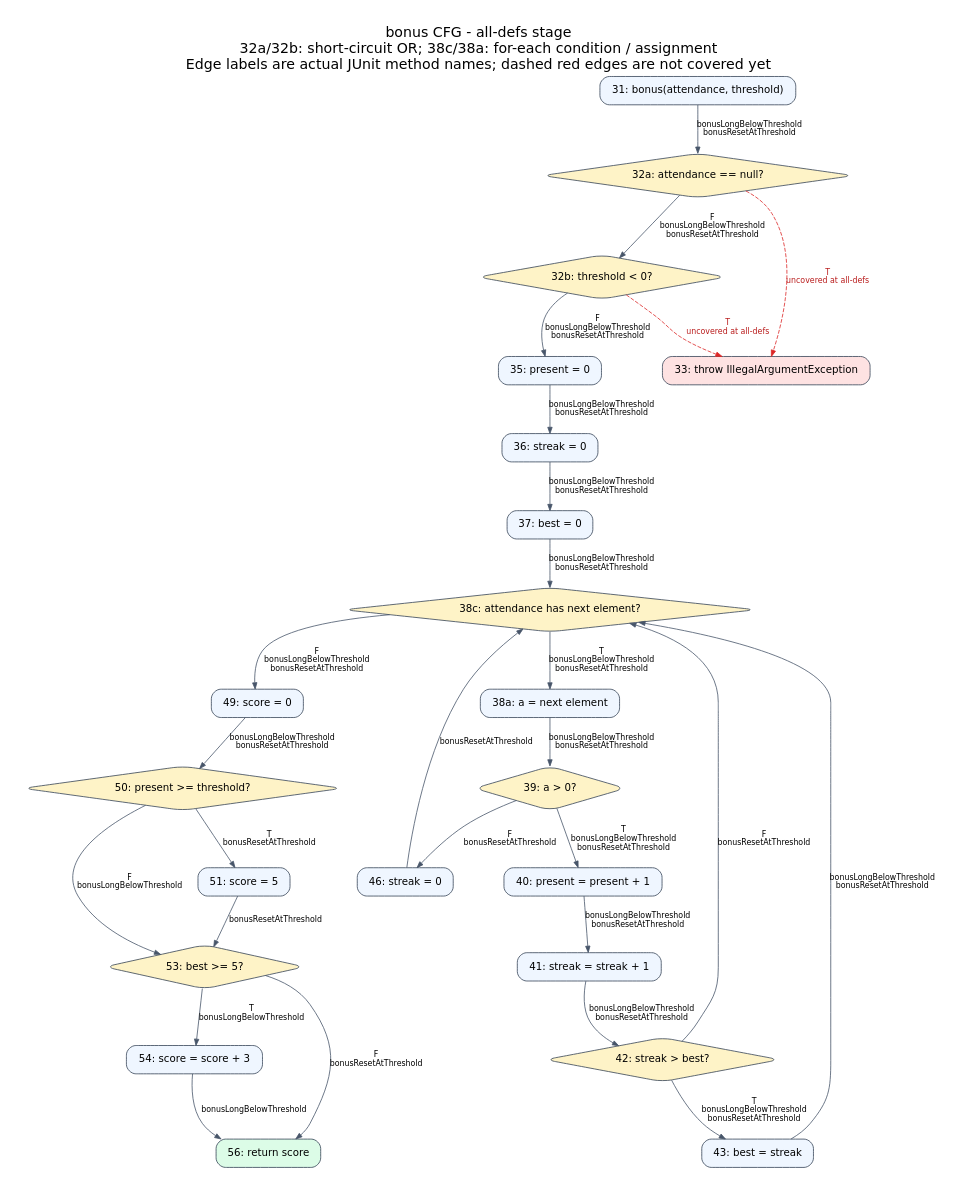
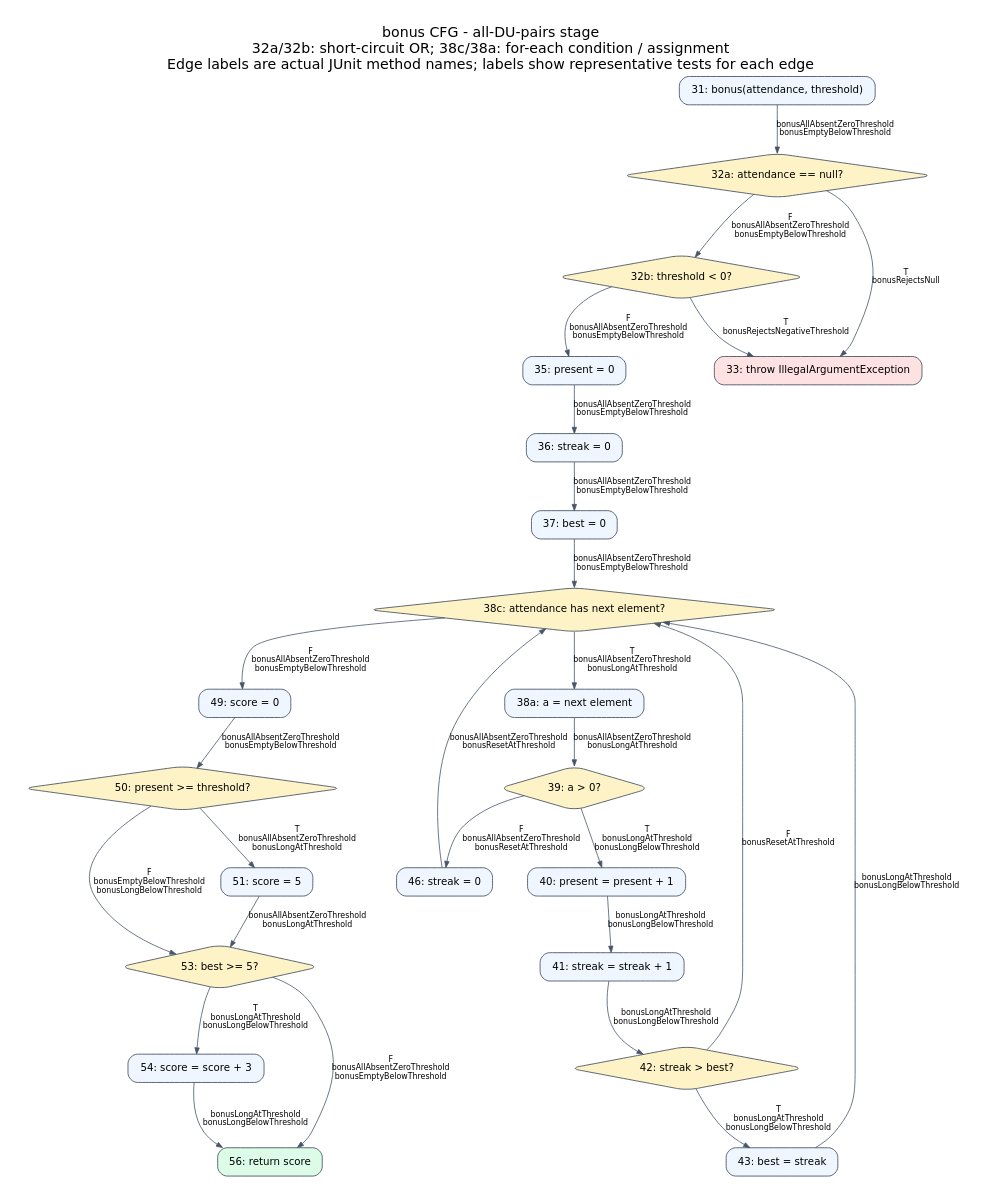
Before and after one commit to Tontoosh/phchanarlab10: the diagram in cfg-bonus.dot, drawn with Graphviz. The commit also changed 13 other files, not shown here.

```diff
--- a/cfg-bonus.dot
+++ b/cfg-bonus.dot
@@ -1,52 +1,52 @@
 digraph Bonus {
-  graph [rankdir=TB, bgcolor="white", pad=0.3, nodesep=0.6, ranksep=0.55, fontname="DejaVu Sans", fontsize=18, labelloc=t, label="bonus CFG - all-defs stage\n32a/32b: short-circuit OR; 38c/38a: for-each condition / assignment\nEdge labels are actual JUnit method names; dashed red edges are not covered yet"];
+  graph [rankdir=TB, bgcolor="white", pad=0.3, nodesep=0.6, ranksep=0.55, fontname="DejaVu Sans", fontsize=18, labelloc=t, label="bonus CFG - all-DU-pairs stage\n32a/32b: short-circuit OR; 38c/38a: for-each condition / assignment\nEdge labels are actual JUnit method names; labels show representative tests for each edge"];
   node [shape=box, style="rounded,filled", fillcolor="#eff6ff", color="#334155", fontname="DejaVu Sans", fontsize=13, margin="0.18,0.1"];
   edge [fontname="DejaVu Sans", fontsize=10, color="#475569", arrowsize=0.8];
   n31 [label="31: bonus(attendance, threshold)"];
   n32a [label="32a: attendance == null?", shape=diamond, fillcolor="#fef3c7"];
   n32b [label="32b: threshold < 0?", shape=diamond, fillcolor="#fef3c7"];
   n33 [label="33: throw IllegalArgumentException", fillcolor="#fee2e2"];
   n35 [label="35: present = 0"];
   n36 [label="36: streak = 0"];
   n37 [label="37: best = 0"];
   n38c [label="38c: attendance has next element?", shape=diamond, fillcolor="#fef3c7"];
   n38a [label="38a: a = next element"];
   n39 [label="39: a > 0?", shape=diamond, fillcolor="#fef3c7"];
   n40 [label="40: present = present + 1"];
   n41 [label="41: streak = streak + 1"];
   n42 [label="42: streak > best?", shape=diamond, fillcolor="#fef3c7"];
   n43 [label="43: best = streak"];
   n46 [label="46: streak = 0"];
   n49 [label="49: score = 0"];
   n50 [label="50: present >= threshold?", shape=diamond, fillcolor="#fef3c7"];
   n51 [label="51: score = 5"];
   n53 [label="53: best >= 5?", shape=diamond, fillcolor="#fef3c7"];
   n54 [label="54: score = score + 3"];
   n56 [label="56: return score", fillcolor="#dcfce7"];
-  n31 -> n32a [label="bonusLongBelowThreshold\nbonusResetAtThreshold"];
-  n32a -> n33 [label="T\nuncovered at all-defs", color="#dc2626", fontcolor="#b91c1c", style=dashed];
-  n32a -> n32b [label="F\nbonusLongBelowThreshold\nbonusResetAtThreshold"];
-  n32b -> n33 [label="T\nuncovered at all-defs", color="#dc2626", fontcolor="#b91c1c", style=dashed];
-  n32b -> n35 [label="F\nbonusLongBelowThreshold\nbonusResetAtThreshold"];
-  n35 -> n36 [label="bonusLongBelowThreshold\nbonusResetAtThreshold"];
-  n36 -> n37 [label="bonusLongBelowThreshold\nbonusResetAtThreshold"];
-  n37 -> n38c [label="bonusLongBelowThreshold\nbonusResetAtThreshold"];
-  n38c -> n38a [label="T\nbonusLongBelowThreshold\nbonusResetAtThreshold"];
-  n38c -> n49 [label="F\nbonusLongBelowThreshold\nbonusResetAtThreshold"];
-  n38a -> n39 [label="bonusLongBelowThreshold\nbonusResetAtThreshold"];
-  n39 -> n40 [label="T\nbonusLongBelowThreshold\nbonusResetAtThreshold"];
-  n39 -> n46 [label="F\nbonusResetAtThreshold"];
-  n40 -> n41 [label="bonusLongBelowThreshold\nbonusResetAtThreshold"];
-  n41 -> n42 [label="bonusLongBelowThreshold\nbonusResetAtThreshold"];
-  n42 -> n43 [label="T\nbonusLongBelowThreshold\nbonusResetAtThreshold"];
+  n31 -> n32a [label="bonusAllAbsentZeroThreshold\nbonusEmptyBelowThreshold"];
+  n32a -> n33 [label="T\nbonusRejectsNull"];
+  n32a -> n32b [label="F\nbonusAllAbsentZeroThreshold\nbonusEmptyBelowThreshold"];
+  n32b -> n33 [label="T\nbonusRejectsNegativeThreshold"];
+  n32b -> n35 [label="F\nbonusAllAbsentZeroThreshold\nbonusEmptyBelowThreshold"];
+  n35 -> n36 [label="bonusAllAbsentZeroThreshold\nbonusEmptyBelowThreshold"];
+  n36 -> n37 [label="bonusAllAbsentZeroThreshold\nbonusEmptyBelowThreshold"];
+  n37 -> n38c [label="bonusAllAbsentZeroThreshold\nbonusEmptyBelowThreshold"];
+  n38c -> n38a [label="T\nbonusAllAbsentZeroThreshold\nbonusLongAtThreshold"];
+  n38c -> n49 [label="F\nbonusAllAbsentZeroThreshold\nbonusEmptyBelowThreshold"];
+  n38a -> n39 [label="bonusAllAbsentZeroThreshold\nbonusLongAtThreshold"];
+  n39 -> n40 [label="T\nbonusLongAtThreshold\nbonusLongBelowThreshold"];
+  n39 -> n46 [label="F\nbonusAllAbsentZeroThreshold\nbonusResetAtThreshold"];
+  n40 -> n41 [label="bonusLongAtThreshold\nbonusLongBelowThreshold"];
+  n41 -> n42 [label="bonusLongAtThreshold\nbonusLongBelowThreshold"];
+  n42 -> n43 [label="T\nbonusLongAtThreshold\nbonusLongBelowThreshold"];
   n42 -> n38c [label="F\nbonusResetAtThreshold"];
-  n43 -> n38c [label="bonusLongBelowThreshold\nbonusResetAtThreshold"];
-  n46 -> n38c [label="bonusResetAtThreshold"];
-  n49 -> n50 [label="bonusLongBelowThreshold\nbonusResetAtThreshold"];
-  n50 -> n51 [label="T\nbonusResetAtThreshold"];
-  n50 -> n53 [label="F\nbonusLongBelowThreshold"];
-  n51 -> n53 [label="bonusResetAtThreshold"];
-  n53 -> n54 [label="T\nbonusLongBelowThreshold"];
-  n53 -> n56 [label="F\nbonusResetAtThreshold"];
-  n54 -> n56 [label="bonusLongBelowThreshold"];
+  n43 -> n38c [label="bonusLongAtThreshold\nbonusLongBelowThreshold"];
+  n46 -> n38c [label="bonusAllAbsentZeroThreshold\nbonusResetAtThreshold"];
+  n49 -> n50 [label="bonusAllAbsentZeroThreshold\nbonusEmptyBelowThreshold"];
+  n50 -> n51 [label="T\nbonusAllAbsentZeroThreshold\nbonusLongAtThreshold"];
+  n50 -> n53 [label="F\nbonusEmptyBelowThreshold\nbonusLongBelowThreshold"];
+  n51 -> n53 [label="bonusAllAbsentZeroThreshold\nbonusLongAtThreshold"];
+  n53 -> n54 [label="T\nbonusLongAtThreshold\nbonusLongBelowThreshold"];
+  n53 -> n56 [label="F\nbonusAllAbsentZeroThreshold\nbonusEmptyBelowThreshold"];
+  n54 -> n56 [label="bonusLongAtThreshold\nbonusLongBelowThreshold"];
 }
```
